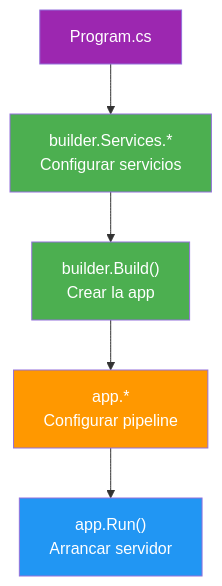
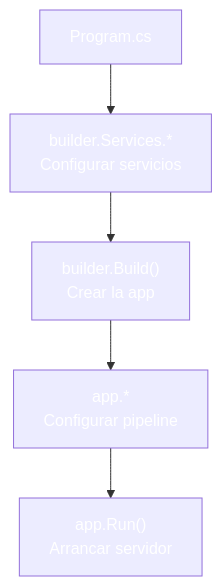
Before and after one commit to joseluisgs/DesarrolloWebEntornosServidor-02-2026-2027: the sixth of 6 diagrams in 05-arquitectura-pipeline.md, drawn with Mermaid. The commit also changed other lines of this file and 41 other files, not shown here.

````diff
--- a/05-arquitectura-pipeline.md
+++ b/05-arquitectura-pipeline.md
@@ -282,12 +282,12 @@
 ```mermaid
 flowchart TD
     A["Program.cs"] --> B["builder.Services.*<br/>Configurar servicios"]
     B --> C["builder.Build()<br/>Crear la app"]
     C --> D["app.*<br/>Configurar pipeline"]
     D --> E["app.Run()<br/>Arrancar servidor"]
-    style A fill:#9C27B0,color:#fff
-    style B fill:#4CAF50,color:#fff
-    style C fill:#4CAF50,color:#fff
-    style D fill:#FF9800,color:#fff
-    style E fill:#2196F3,color:#fff
+    style A fill:#9C27B,color:#fff0,color:#fff
+    style B fill:#4CAF5,color:#fff0,color:#fff
+    style C fill:#4CAF5,color:#fff0,color:#fff
+    style D fill:#FF980,color:#fff0,color:#fff
+    style E fill:#2196F,color:#fff3,color:#fff
 ```
````
